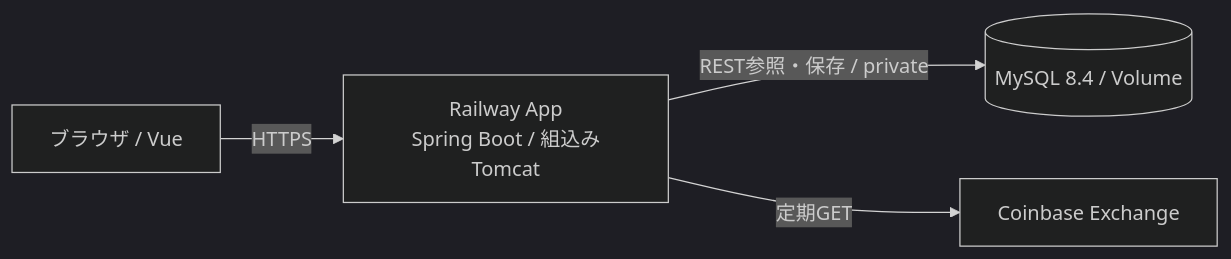
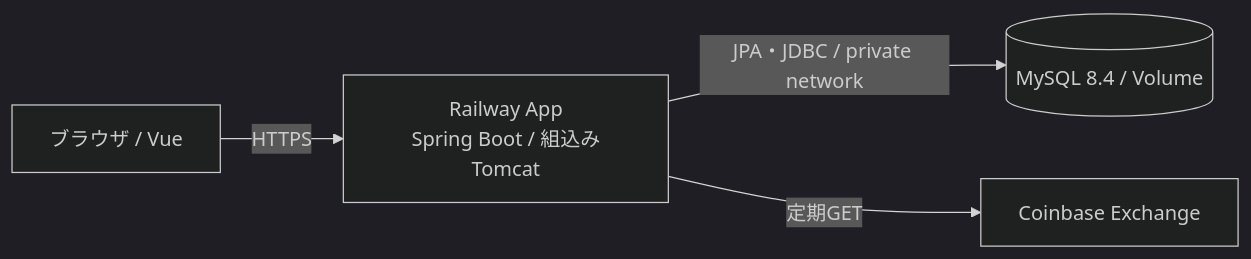
Before and after one commit to Omelette4897/crypto-market-monitor: the first of 4 diagrams in docs/02_基本設計/アーキテクチャ概要.md, drawn with Mermaid (dark theme). The commit also changed other lines of this file and 12 other files, not shown here.

````diff
--- a/docs/02_基本設計/アーキテクチャ概要.md
+++ b/docs/02_基本設計/アーキテクチャ概要.md
@@ -7,6 +7,6 @@
 ```mermaid
 flowchart LR
   Browser[ブラウザ / Vue] -->|HTTPS| App[Railway App<br/>Spring Boot / 組込みTomcat]
-  App -->|REST参照・保存 / private| DB[(MySQL 8.4 / Volume)]
+  App -->|JPA・JDBC / private network| DB[(MySQL 8.4 / Volume)]
   App -->|定期GET| External[Coinbase Exchange]
 ```
````
